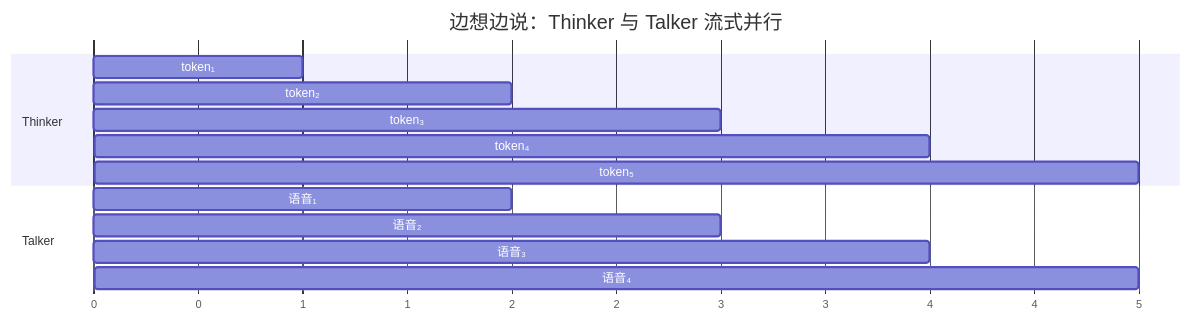
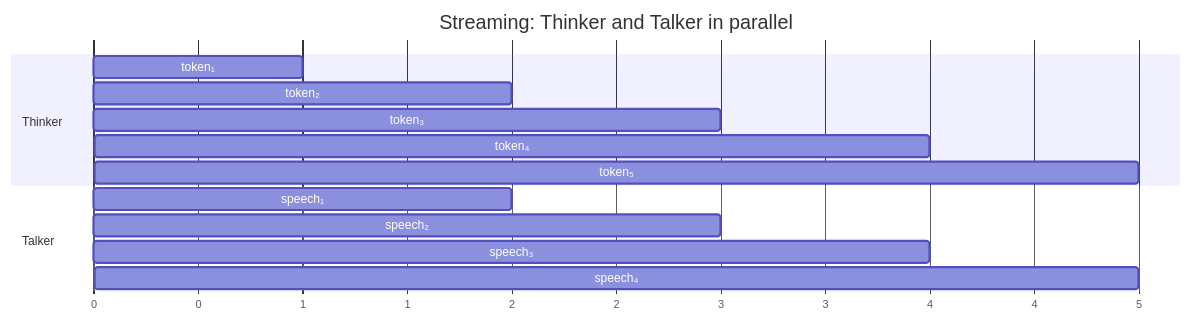
The second of 31 diagrams in sglang/sglang-omni/README.md (zhaochenyang20/Awesome-ML-SYS-Tutorial), drawn with Mermaid before and after one commit. The commit also changed other lines of this file, not shown here.

First line of the commit message:
style: use English in all Mermaid diagrams, fix broken links, simplify oversized charts

````diff
--- a/sglang/sglang-omni/README.md
+++ b/sglang/sglang-omni/README.md
@@ -101,19 +101,19 @@
 ```mermaid
 gantt
-    title 边想边说：Thinker 与 Talker 流式并行
+    title Streaming: Thinker and Talker in parallel
     dateFormat X
     axisFormat %s
 
     section Thinker
     token₁      :t1, 0, 1
     token₂      :t2, 1, 2
     token₃      :t3, 2, 3
     token₄      :t4, 3, 4
     token₅      :t5, 4, 5
 
     section Talker
-    语音₁       :s1, 0, 2
-    语音₂       :s2, 1, 3
-    语音₃       :s3, 2, 4
-    语音₄       :s4, 3, 5
+    speech₁       :s1, 0, 2
+    speech₂       :s2, 1, 3
+    speech₃       :s3, 2, 4
+    speech₄       :s4, 3, 5
 ```
````
